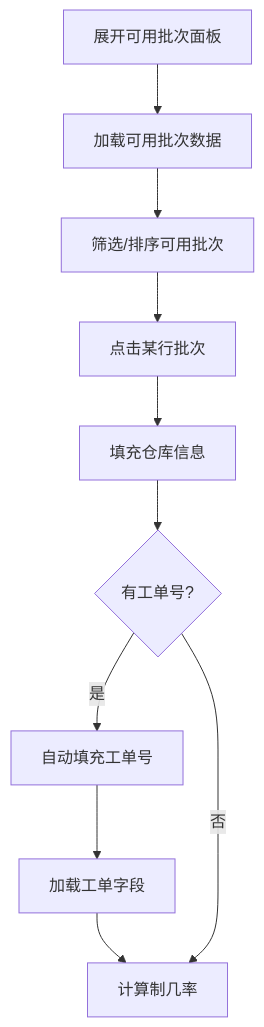
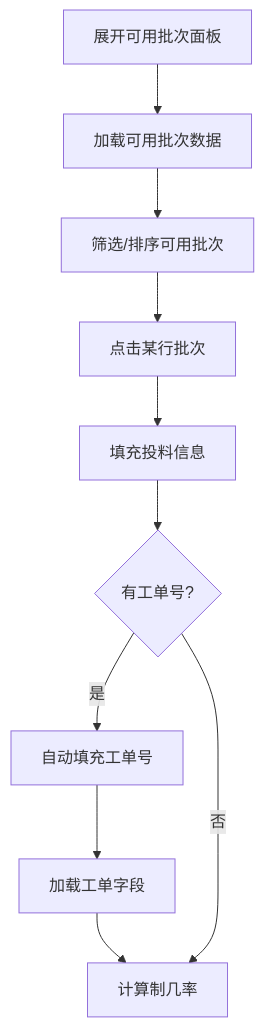
Before and after one commit to zhz151/MES: the second of 6 diagrams in docs/模块设计/批次模块详细设计.md, drawn with Mermaid. The commit also changed other lines of this file and 4 other files, not shown here.

````diff
--- a/docs/模块设计/批次模块详细设计.md
+++ b/docs/模块设计/批次模块详细设计.md
@@ -73,12 +75,12 @@
 ```mermaid
 flowchart TD
     A[展开可用批次面板] --> B[加载可用批次数据]
     B --> C[筛选/排序可用批次]
     C --> D[点击某行批次]
-    D --> E[填充仓库信息]
+    D --> E[填充投料信息]
     E --> F{有工单号?}
     F -->|是| G[自动填充工单号]
     G --> H[加载工单字段]
     H --> I[计算制几率]
     F -->|否| I
 ```
````
